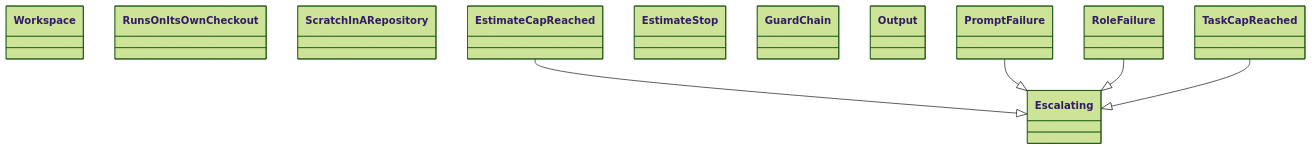
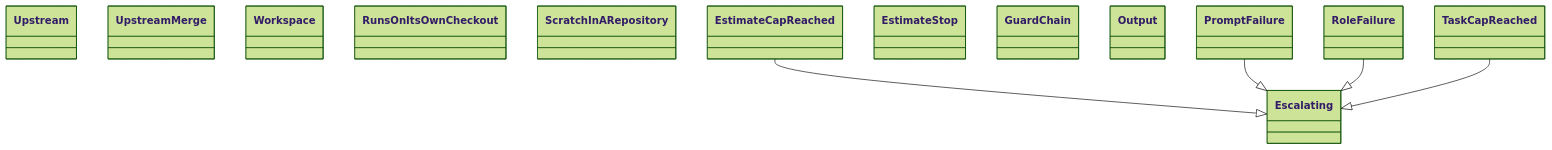
The diagram in docs/architecture/generated/classes-process-application-support-6.md (GonzaloZevallos/agentic-system), drawn with Mermaid (forest theme) before and after one commit. The commit also changed other lines of this file and 23 other files, not shown here.

````diff
--- a/docs/architecture/generated/classes-process-application-support-6.md
+++ b/docs/architecture/generated/classes-process-application-support-6.md
@@ -16,18 +16,20 @@
 ```mermaid
 classDiagram
+    class ports__Upstream["Upstream"]
+    class ports__UpstreamMerge["UpstreamMerge"]
     class ports__Workspace["Workspace"]
     class preflight__RunsOnItsOwnCheckout["RunsOnItsOwnCheckout"]
     class preflight__ScratchInARepository["ScratchInARepository"]
     class run_role__Escalating["Escalating"]
     class run_role__EstimateCapReached["EstimateCapReached"]
     class run_role__EstimateStop["EstimateStop"]
     class run_role__GuardChain["GuardChain"]
     class run_role__Output["Output"]
     class run_role__PromptFailure["PromptFailure"]
     class run_role__RoleFailure["RoleFailure"]
     class run_role__TaskCapReached["TaskCapReached"]
     run_role__EstimateCapReached --|> run_role__Escalating
     run_role__PromptFailure --|> run_role__Escalating
     run_role__RoleFailure --|> run_role__Escalating
     run_role__TaskCapReached --|> run_role__Escalating
 ```
````
